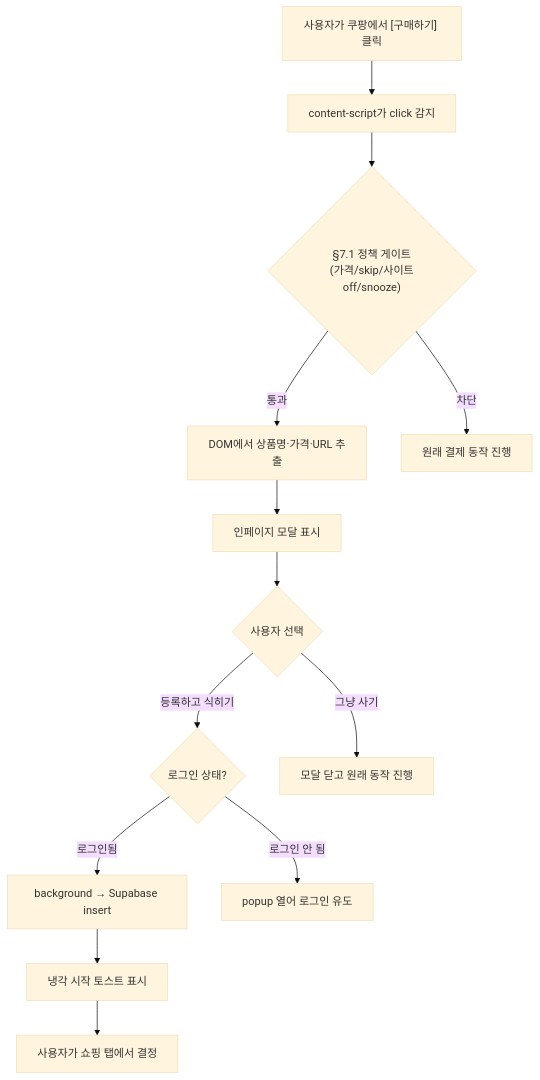
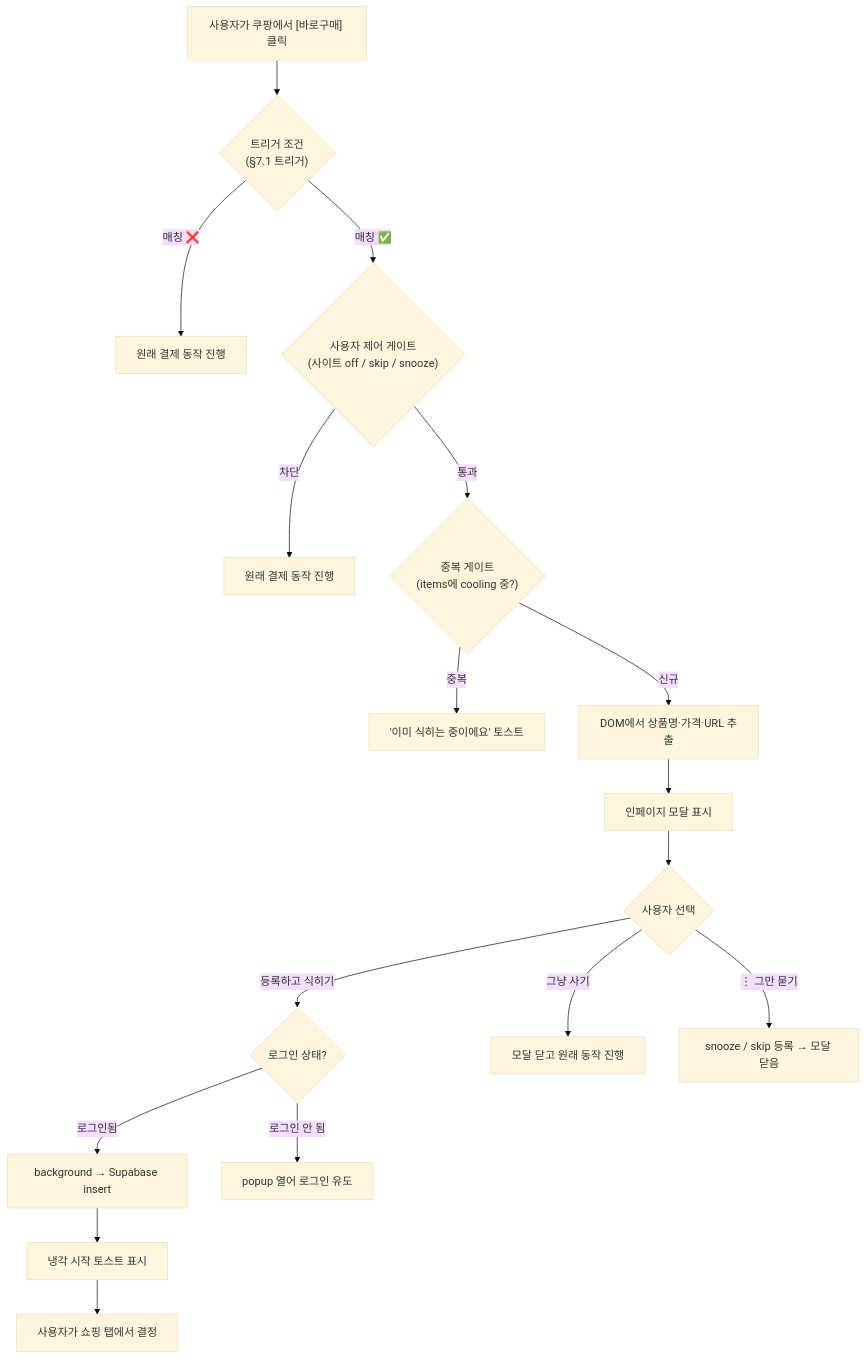
Before and after one commit to web-ppu/cooling-off: the diagram in docs/plugin/engineering/tech-spec.md, drawn with Mermaid (base theme). The commit also changed other lines of this file and 2 other files, not shown here.

Commit message:
docs: 리뷰에 따른 정책(트리거 조건, 제외조건 등) 개선

````diff
--- a/docs/plugin/engineering/tech-spec.md
+++ b/docs/plugin/engineering/tech-spec.md
@@ -164,15 +169,19 @@
 ```mermaid
 flowchart TD
-  Click["사용자가 쿠팡에서 [구매하기] 클릭"] --> Detect["content-script가 click 감지"]
-  Detect --> Gate{"§7.1 정책 게이트<br/>(가격/skip/사이트off/snooze)"}
-  Gate -->|"통과"| Extract["DOM에서 상품명·가격·URL 추출"]
-  Gate -->|"차단"| Pass["원래 결제 동작 진행"]
+  Click["사용자가 쿠팡에서 [바로구매] 클릭"] --> Trigger{"트리거 조건<br/>(§7.1 트리거)"}
+  Trigger -->|"매칭 ❌"| Pass1["원래 결제 동작 진행"]
+  Trigger -->|"매칭 ✅"| UserGate{"사용자 제어 게이트<br/>(사이트 off / skip / snooze)"}
+  UserGate -->|"차단"| Pass2["원래 결제 동작 진행"]
+  UserGate -->|"통과"| DupGate{"중복 게이트<br/>(items에 cooling 중?)"}
+  DupGate -->|"중복"| Toast["'이미 식히는 중이에요' 토스트"]
+  DupGate -->|"신규"| Extract["DOM에서 상품명·가격·URL 추출"]
   Extract --> Modal["인페이지 모달 표시"]
   Modal --> Choice{"사용자 선택"}
   Choice -->|"등록하고 식히기"| Auth{"로그인 상태?"}
   Choice -->|"그냥 사기"| Dismiss["모달 닫고 원래 동작 진행"]
+  Choice -->|"⋮ 그만 묻기"| Mute["snooze / skip 등록 → 모달 닫음"]
   Auth -->|로그인됨| Save["background → Supabase insert"]
-  Auth -->|로그인 안 됨| Popup["popup 열어 로그인 유도"]
+  Auth -->|로그인 안 됨| LoginPopup["popup 열어 로그인 유도"]
   Save --> Confirm["냉각 시작 토스트 표시"]
   Confirm --> Return["사용자가 쇼핑 탭에서 결정"]
 ```
````
